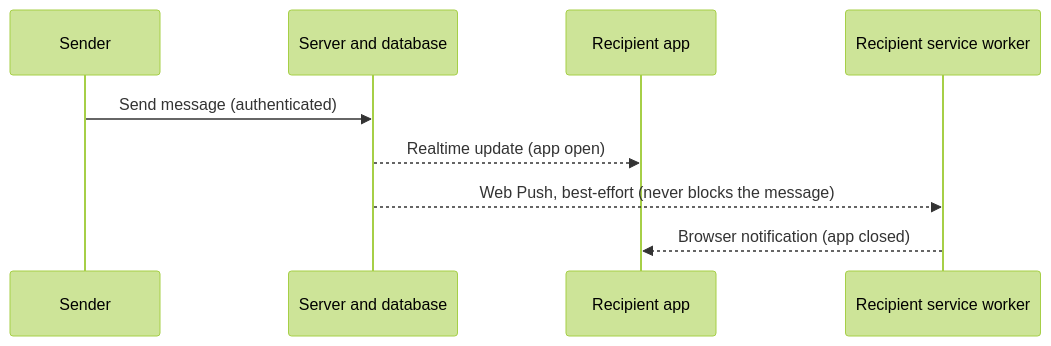
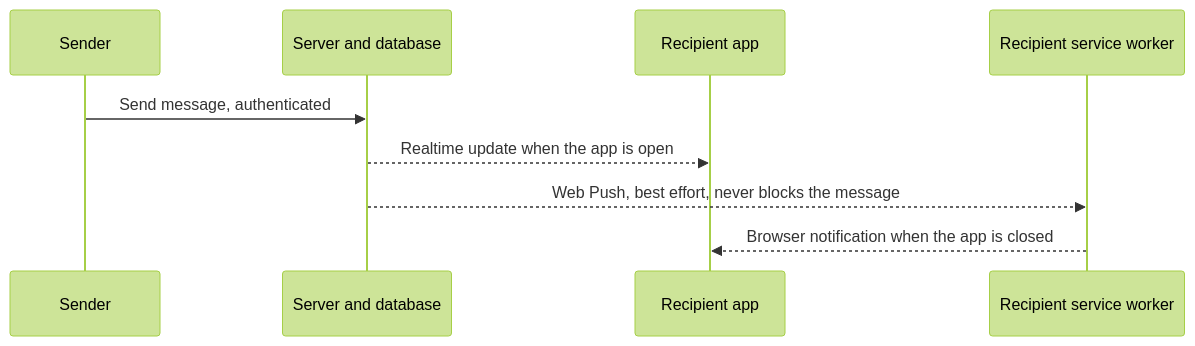
The third of 5 diagrams in README.md (hamzabhulla/VibeTalk), drawn with Mermaid (forest theme) before and after one commit. The commit also changed other lines of this file, not shown here.

````diff
--- a/README.md
+++ b/README.md
@@ -144,11 +144,11 @@
 ```mermaid
 sequenceDiagram
     participant A as Sender
     participant S as Server and database
     participant R as Recipient app
     participant W as Recipient service worker
-    A->>S: Send message (authenticated)
-    S-->>R: Realtime update (app open)
-    S-->>W: Web Push, best-effort (never blocks the message)
-    W-->>R: Browser notification (app closed)
+    A->>S: Send message, authenticated
+    S-->>R: Realtime update when the app is open
+    S-->>W: Web Push, best effort, never blocks the message
+    W-->>R: Browser notification when the app is closed
 ```
````
